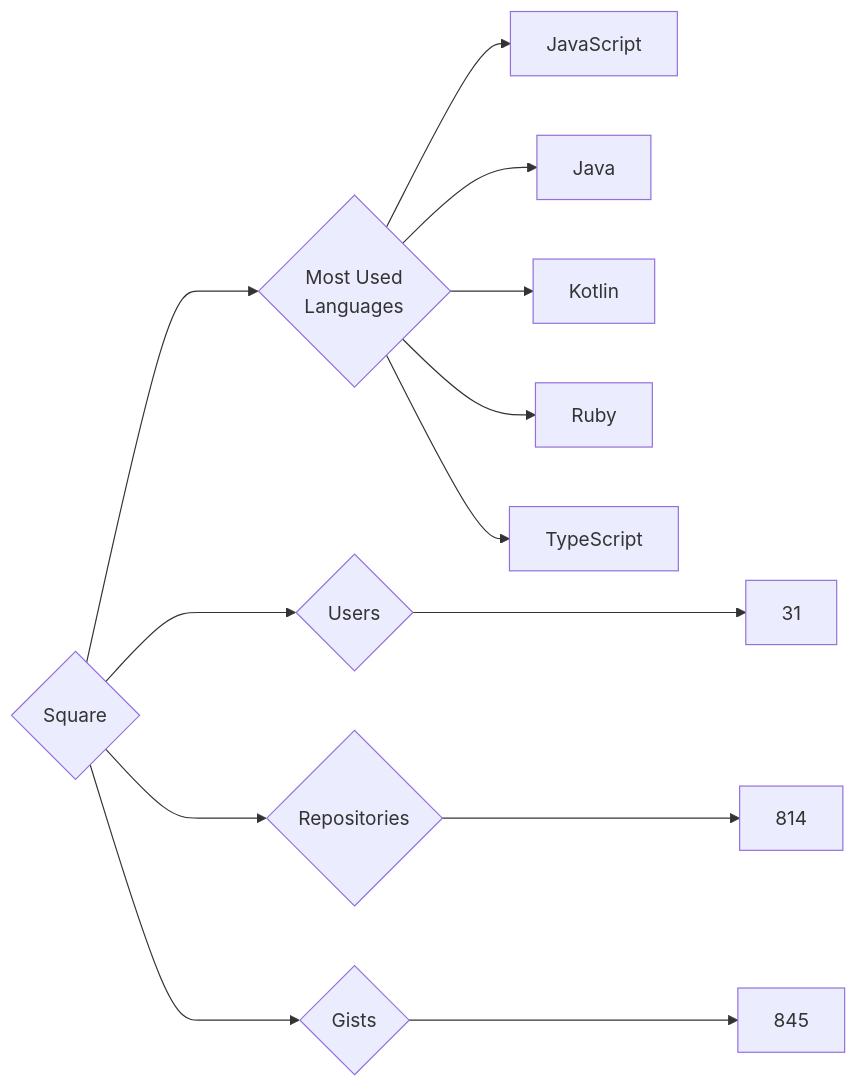
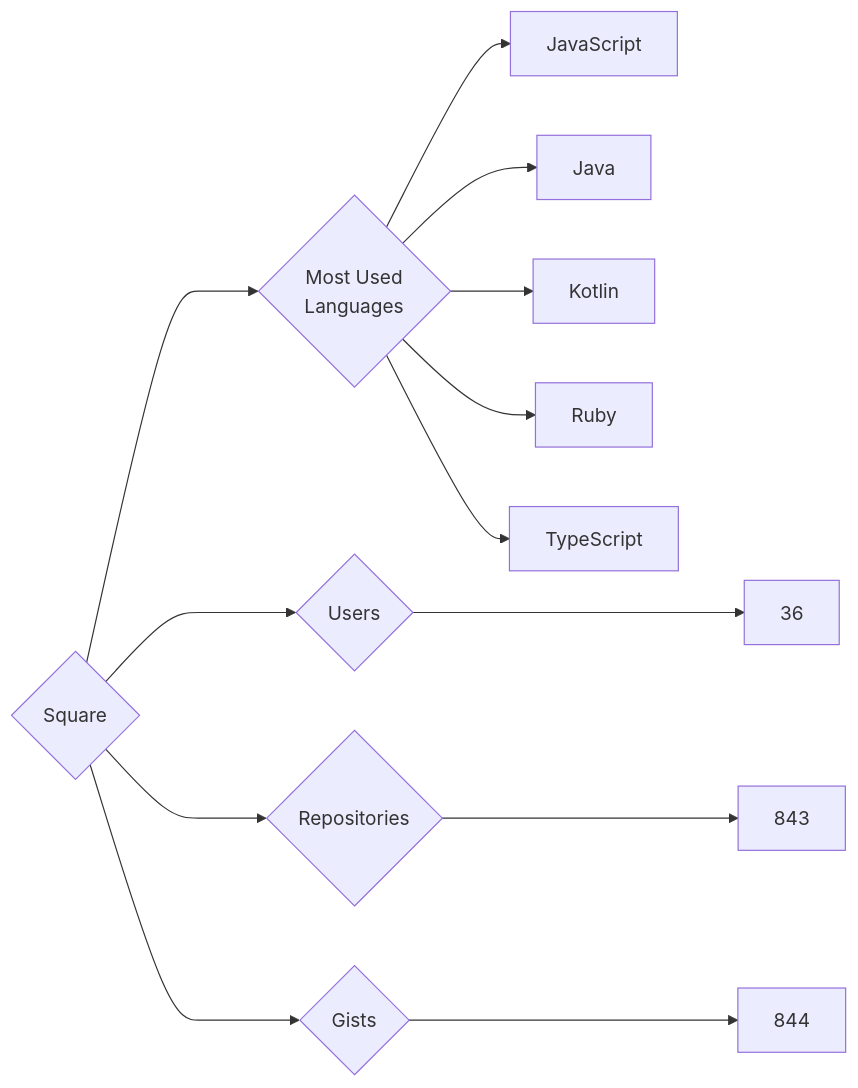
The diagram in targets/Square/README.md (trickest/insiders), drawn with Mermaid before and after one commit. The commit also changed 878 other files, not shown here.

````diff
--- a/targets/Square/README.md
+++ b/targets/Square/README.md
@@ -3,13 +3,13 @@
 ```mermaid
 graph LR
 COMPANY_NAME{Square}
-COMPANY_NAME ---> U{Users} ---> UN[31]
-COMPANY_NAME ---> R{Repositories} ---> RN[814]
-COMPANY_NAME ---> G{Gists} ---> GN[845]
+COMPANY_NAME ---> U{Users} ---> UN[36]
+COMPANY_NAME ---> R{Repositories} ---> RN[843]
+COMPANY_NAME ---> G{Gists} ---> GN[844]
 COMPANY_NAME ---> ML{Most Used<br>Languages}
 ML --> JavaScript[JavaScript]
 ML --> Java[Java]
 ML --> Kotlin[Kotlin]
 ML --> Ruby[Ruby]
 ML --> TypeScript[TypeScript]
 ```
````
